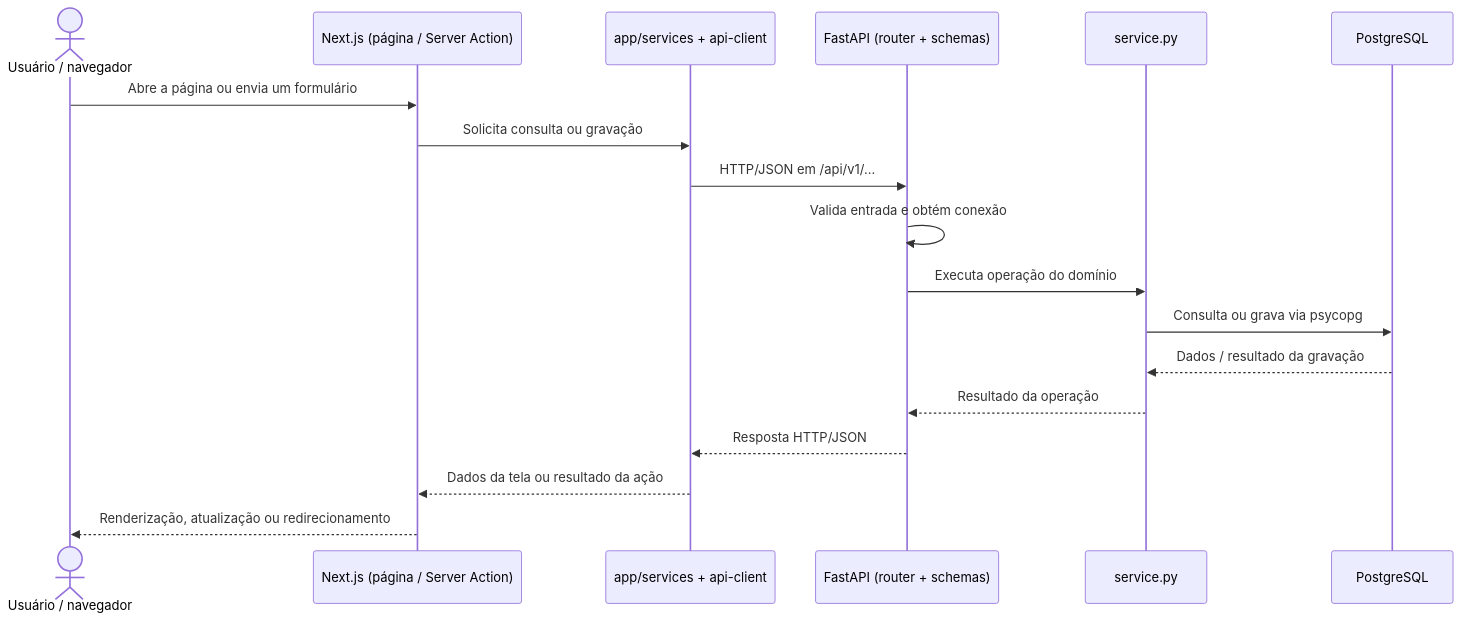
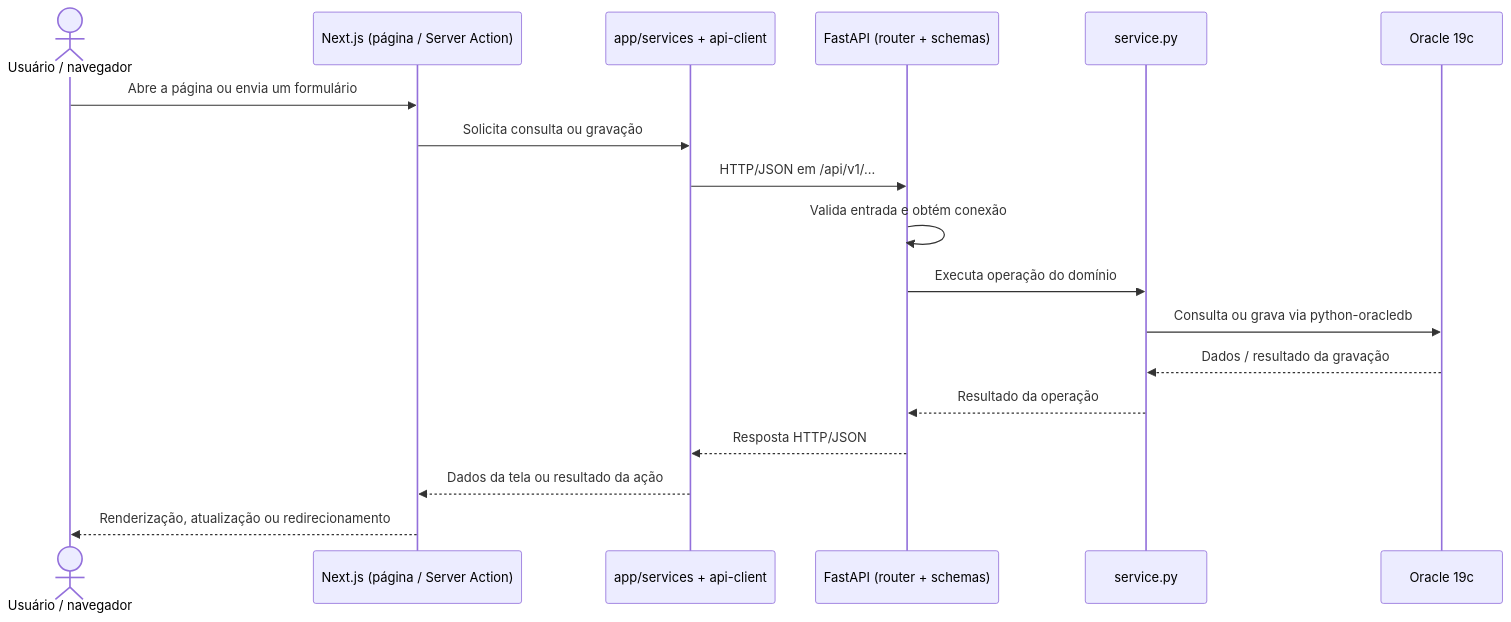
One commit to BAQ2002/OpsHub-Facilities changed the diagram in README.md. Above: the diagram before and after it, drawn with Mermaid. The commit also changed other lines of this file and 96 other files, not shown here.

````diff
--- a/README.md
+++ b/README.md
@@ -72,20 +72,20 @@
 ```mermaid
 sequenceDiagram
     actor U as Usuário / navegador
     participant N as Next.js (página / Server Action)
     participant T as app/services + api-client
     participant R as FastAPI (router + schemas)
     participant P as service.py
-    participant B as PostgreSQL
+    participant B as Oracle 19c
     U->>N: Abre a página ou envia um formulário
     N->>T: Solicita consulta ou gravação
     T->>R: HTTP/JSON em /api/v1/...
     R->>R: Valida entrada e obtém conexão
     R->>P: Executa operação do domínio
-    P->>B: Consulta ou grava via psycopg
+    P->>B: Consulta ou grava via python-oracledb
     B-->>P: Dados / resultado da gravação
     P-->>R: Resultado da operação
     R-->>T: Resposta HTTP/JSON
     T-->>N: Dados da tela ou resultado da ação
     N-->>U: Renderização, atualização ou redirecionamento
 ```
````
